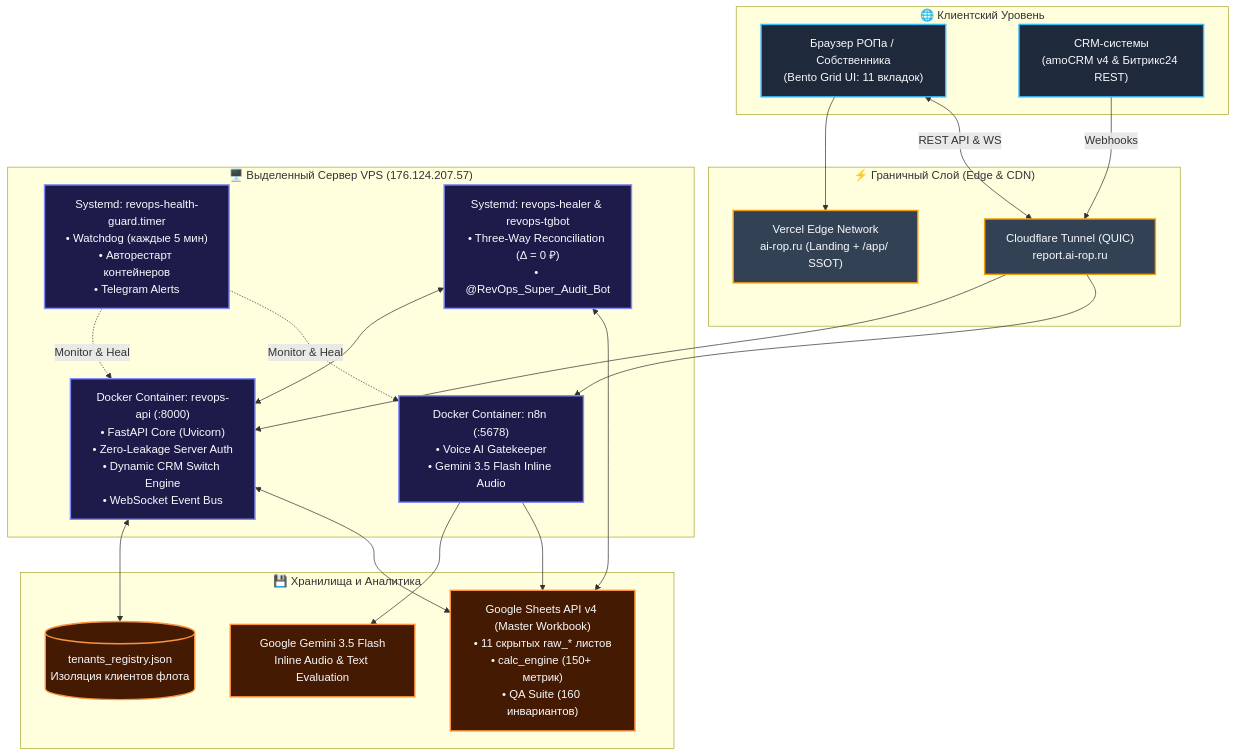
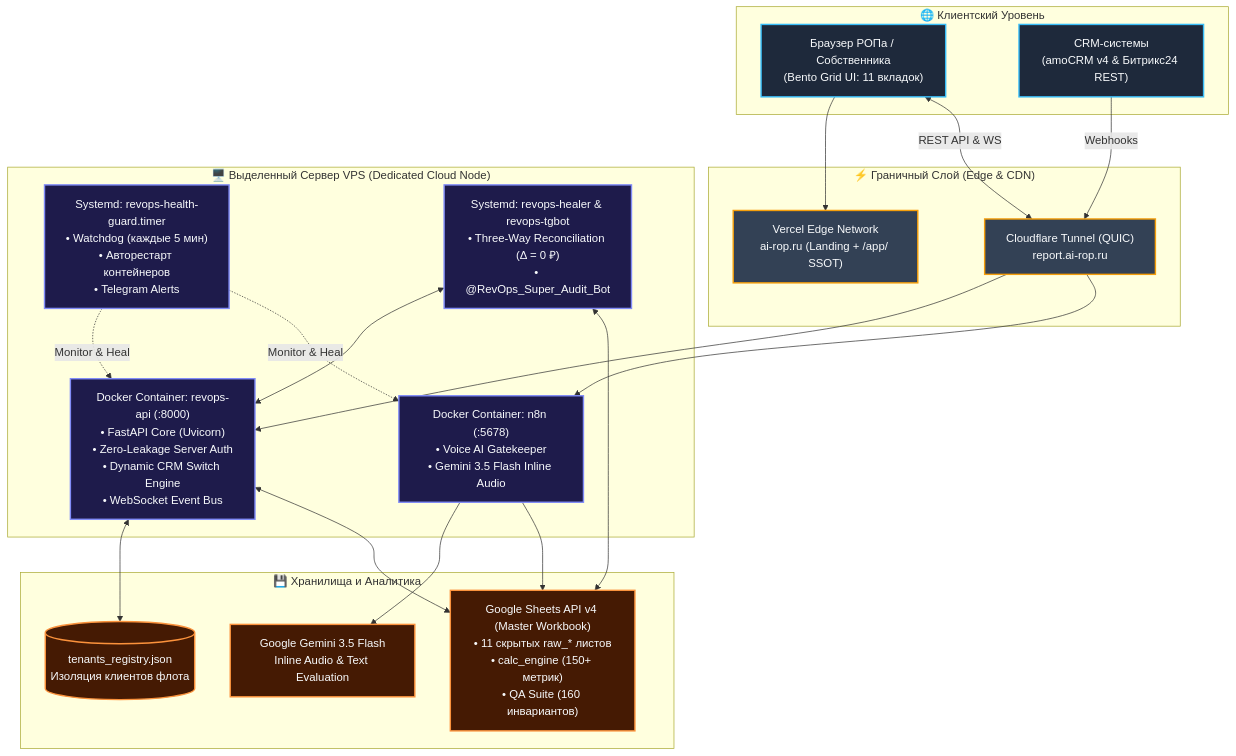
One commit to Reflecteddark/revops-saas changed the diagram in docs/ARCHITECTURE.md. Above: the diagram before and after it, drawn with Mermaid. The commit also changed other lines of this file and 4 other files, not shown here.

````diff
--- a/docs/ARCHITECTURE.md
+++ b/docs/ARCHITECTURE.md
@@ -13,51 +13,51 @@
 ```mermaid
 flowchart TD
     classDef clientLayer fill:#1e293b,stroke:#38bdf8,stroke-width:2px,color:#f8fafc;
     classDef edgeLayer fill:#334155,stroke:#f59e0b,stroke-width:2px,color:#f8fafc;
     classDef vpsLayer fill:#1e1b4b,stroke:#818cf8,stroke-width:2px,color:#f8fafc;
     classDef dataLayer fill:#451a03,stroke:#fb923c,stroke-width:2px,color:#f8fafc;
 
     subgraph CLIENTS ["🌐 Клиентский Уровень"]
         BROWSER["Браузер РОПа / Собственника<br/>(Bento Grid UI: 11 вкладок)"]
         CRM["CRM-системы<br/>(amoCRM v4 & Битрикс24 REST)"]
     end
 
     subgraph EDGE ["⚡ Граничный Слой (Edge & CDN)"]
         VERCEL["Vercel Edge Network<br/>ai-rop.ru (Landing + /app/ SSOT)"]
         CF_TUNNEL["Cloudflare Tunnel (QUIC)<br/>report.ai-rop.ru"]
     end
 
-    subgraph VPS ["🖥️ Выделенный Сервер VPS (176.124.207.57)"]
+    subgraph VPS ["🖥️ Выделенный Сервер VPS (Dedicated Cloud Node)"]
         DOCKER_API["Docker Container: revops-api (:8000)<br/>• FastAPI Core (Uvicorn)<br/>• Zero-Leakage Server Auth<br/>• Dynamic CRM Switch Engine<br/>• WebSocket Event Bus"]
         DOCKER_N8N["Docker Container: n8n (:5678)<br/>• Voice AI Gatekeeper<br/>• Gemini 3.5 Flash Inline Audio"]
         HEALTH_GUARD["Systemd: revops-health-guard.timer<br/>• Watchdog (каждые 5 мин)<br/>• Авторестарт контейнеров<br/>• Telegram Alerts"]
         HOST_SVC["Systemd: revops-healer & revops-tgbot<br/>• Three-Way Reconciliation (Δ = 0 ₽)<br/>• @RevOps_Super_Audit_Bot"]
     end
 
     subgraph STORAGE ["💾 Хранилища и Аналитика"]
         GSHEETS["Google Sheets API v4 (Master Workbook)<br/>• 11 скрытых raw_* листов<br/>• calc_engine (150+ метрик)<br/>• QA Suite (160 инвариантов)"]
         REGISTRY[("tenants_registry.json<br/>Изоляция клиентов флота")]
         GEMINI["Google Gemini 3.5 Flash<br/>Inline Audio & Text Evaluation"]
     end
 
     BROWSER --> VERCEL
     BROWSER <-->|REST API & WS| CF_TUNNEL
     CRM -->|Webhooks| CF_TUNNEL
     CF_TUNNEL --> DOCKER_API
     CF_TUNNEL --> DOCKER_N8N
 
     DOCKER_API <--> REGISTRY
     DOCKER_API <--> GSHEETS
     DOCKER_N8N --> GEMINI
     DOCKER_N8N --> GSHEETS
 
     HEALTH_GUARD -.->|Monitor & Heal| DOCKER_API
     HEALTH_GUARD -.->|Monitor & Heal| DOCKER_N8N
     HOST_SVC <--> DOCKER_API
     HOST_SVC <--> GSHEETS
 
     class BROWSER,CRM clientLayer;
     class VERCEL,CF_TUNNEL edgeLayer;
     class DOCKER_API,DOCKER_N8N,HEALTH_GUARD,HOST_SVC vpsLayer;
     class GSHEETS,REGISTRY,GEMINI dataLayer;
 ```
````
